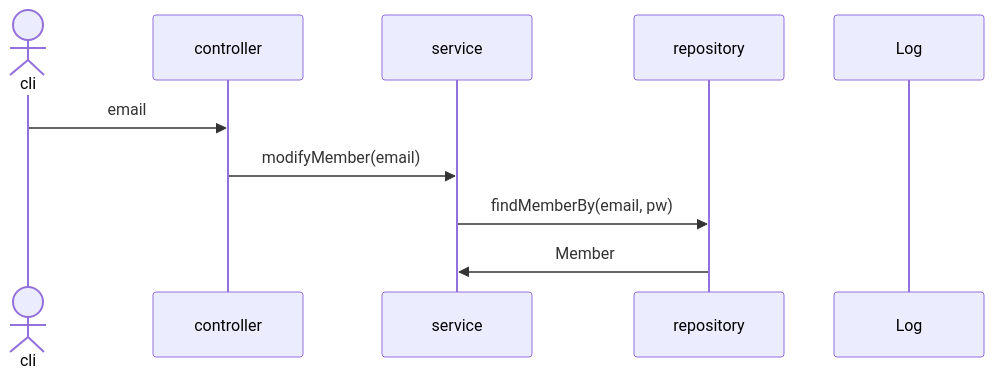
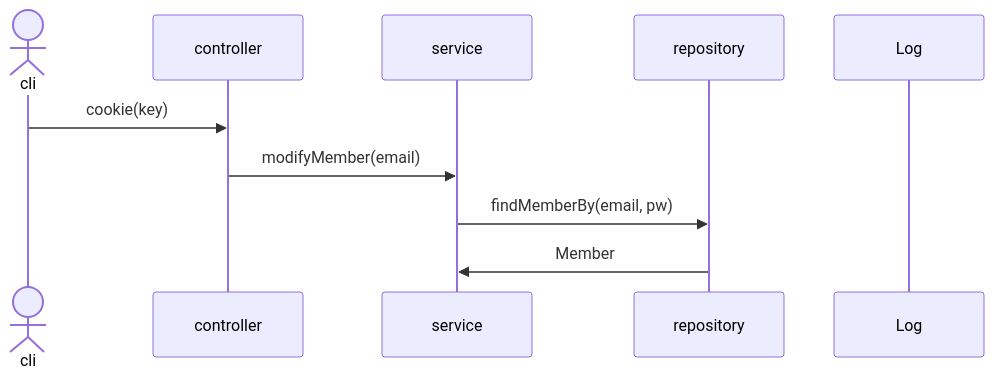
One commit to mtak0235/snsX changed the fifth of 28 diagrams in sequence.md. Above: the diagram before and after it, drawn with Mermaid. The commit also changed other lines of this file, not shown here.

````diff
--- a/sequence.md
+++ b/sequence.md
@@ -93,14 +98,14 @@
 ```mermaid
 sequenceDiagram
 actor cli
 participant c as controller
 participant s as service
 participant r as repository
 participant l as Log
 
-cli->>c: email
+cli->>c: cookie(key)
 c->>s: modifyMember(email)
 s->>r: findMemberBy(email, pw)
 r->>s: Member
 
 ```
````
